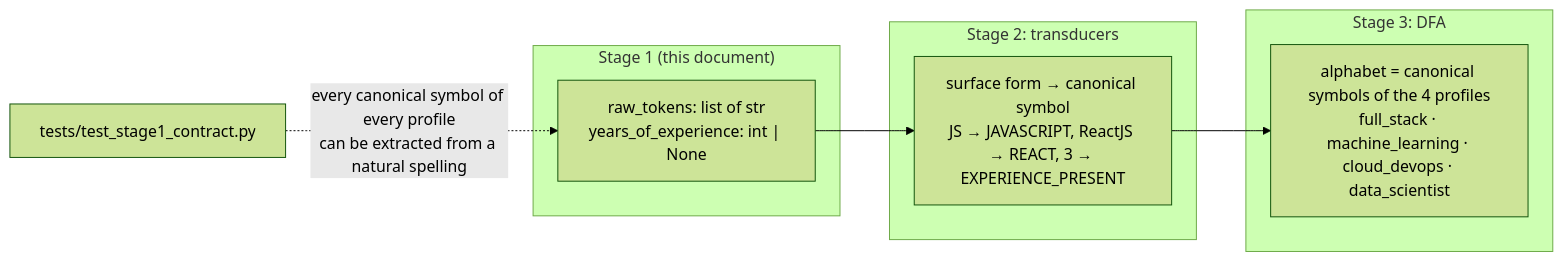
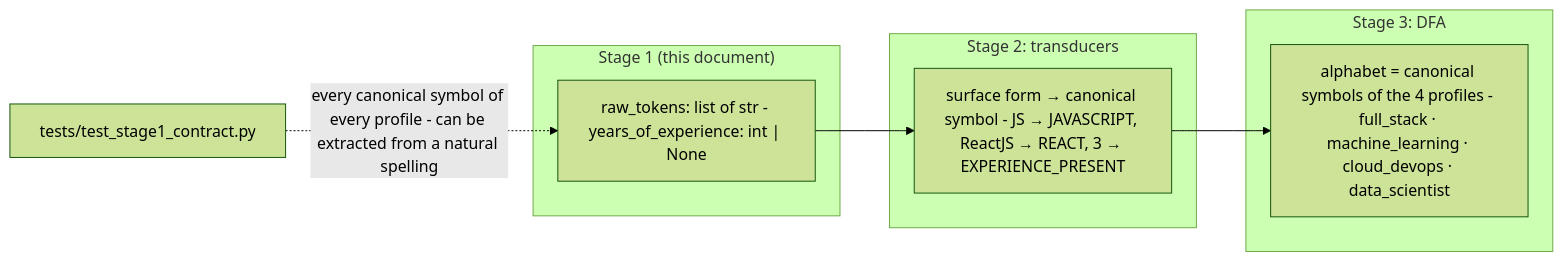
One commit to JuanJoe-18/DiscreteIII-Integrative-Task-VictorTeam changed the eighth of 39 diagrams in docs/stage1_regex.md. Above: the diagram before and after it, drawn with Mermaid (forest theme). The commit also changed other lines of this file, not shown here.

Commit message:
fix: stage1_regex.md updated

````diff
--- a/docs/stage1_regex.md
+++ b/docs/stage1_regex.md
@@ -348,14 +348,14 @@
 ```mermaid
 flowchart LR
     subgraph Stage1["Stage 1 (this document)"]
-      X1["raw_tokens: list of str<br/>years_of_experience: int | None"]
+      X1["raw_tokens: list of str - years_of_experience: int | None"]
     end
     subgraph Stage2["Stage 2: transducers"]
-      X2["surface form → canonical symbol<br/>JS → JAVASCRIPT, ReactJS → REACT, 3 → EXPERIENCE_PRESENT"]
+      X2["surface form → canonical symbol - JS → JAVASCRIPT, ReactJS → REACT, 3 → EXPERIENCE_PRESENT"]
     end
     subgraph Stage3["Stage 3: DFA"]
-      X3["alphabet = canonical symbols of the 4 profiles<br/>full_stack · machine_learning · cloud_devops · data_scientist"]
+      X3["alphabet = canonical symbols of the 4 profiles - full_stack · machine_learning · cloud_devops · data_scientist"]
     end
     X1 --> X2 --> X3
-    T["tests/test_stage1_contract.py"] -. "every canonical symbol of every profile<br/>can be extracted from a natural spelling" .-> X1
+    T["tests/test_stage1_contract.py"] -. "every canonical symbol of every profile - can be extracted from a natural spelling" .-> X1
 ```
````
